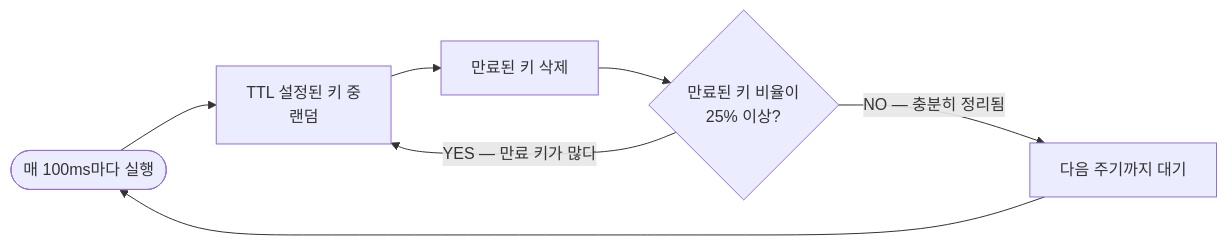
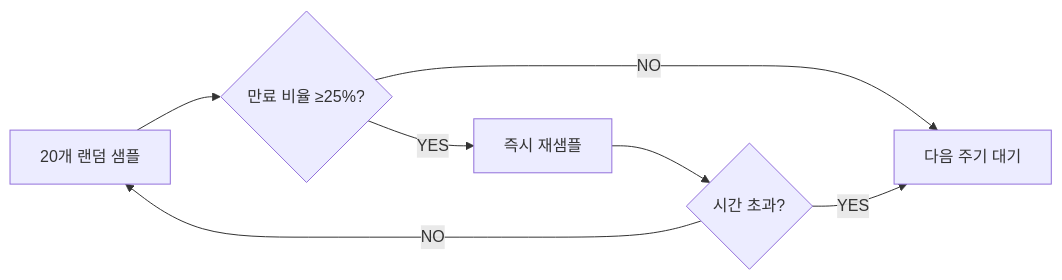
Before and after one commit to yjkim2015/yjkim2015.github.io: the second of 3 diagrams in _posts/redis/2026-05-01-redis-ttl.md, drawn with Mermaid. The commit also changed other lines of this file and 4 other files, not shown here.

````diff
--- a/_posts/redis/2026-05-01-redis-ttl.md
+++ b/_posts/redis/2026-05-01-redis-ttl.md
@@ -71,9 +171,9 @@
 ```mermaid
 graph LR
-    START(["매 100ms마다 실행"]) --> SAMPLE["TTL 설정된 키 중<br>랜덤"]
-    SAMPLE --> DELETE["만료된 키 삭제"]
-    DELETE --> CHECK{"만료된 키 비율이<br>25% 이상?"}
-    CHECK -->|"YES — 만료 키가 많다"| SAMPLE
-    CHECK -->|"NO — 충분히 정리됨"| WAIT["다음 주기까지 대기"]
-    WAIT --> START
+    SAMPLE["20개 랜덤 샘플"] --> RATE{"만료 비율 ≥25%?"}
+    RATE -->|"YES"| AGAIN["즉시 재샘플"]
+    RATE -->|"NO"| WAIT["다음 주기 대기"]
+    AGAIN --> TLIMIT{"시간 초과?"}
+    TLIMIT -->|"YES"| WAIT
+    TLIMIT -->|"NO"| SAMPLE
 ```
````
